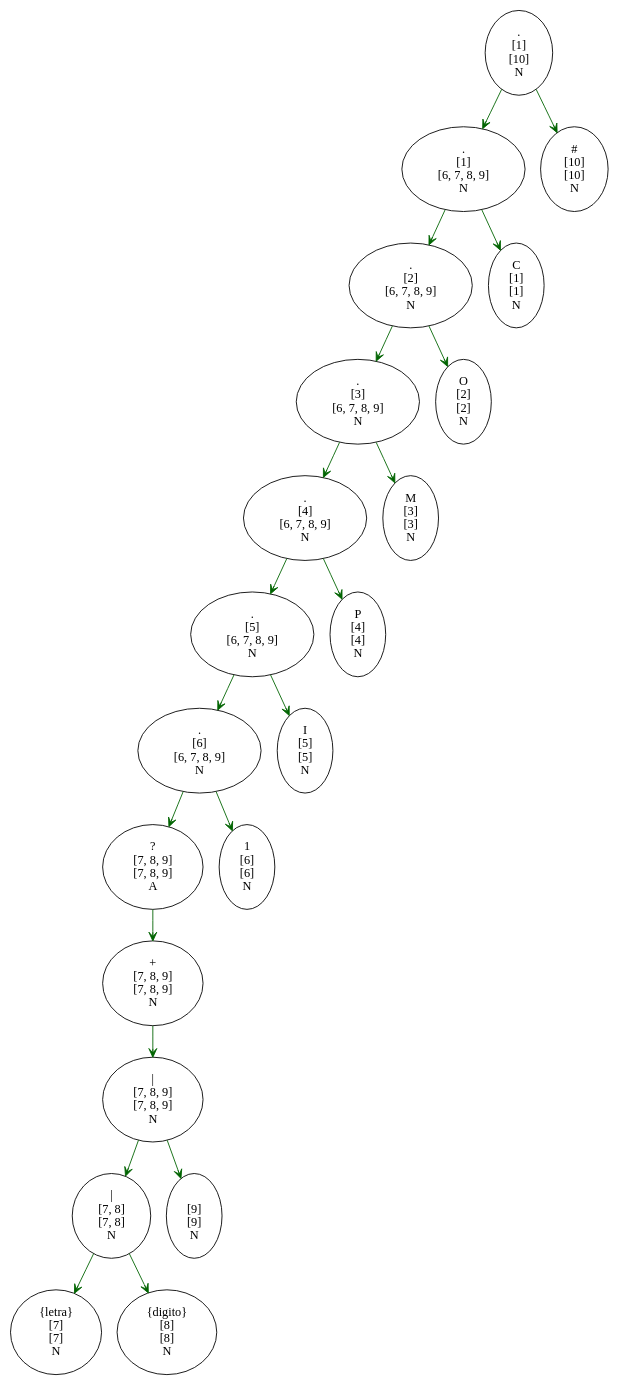
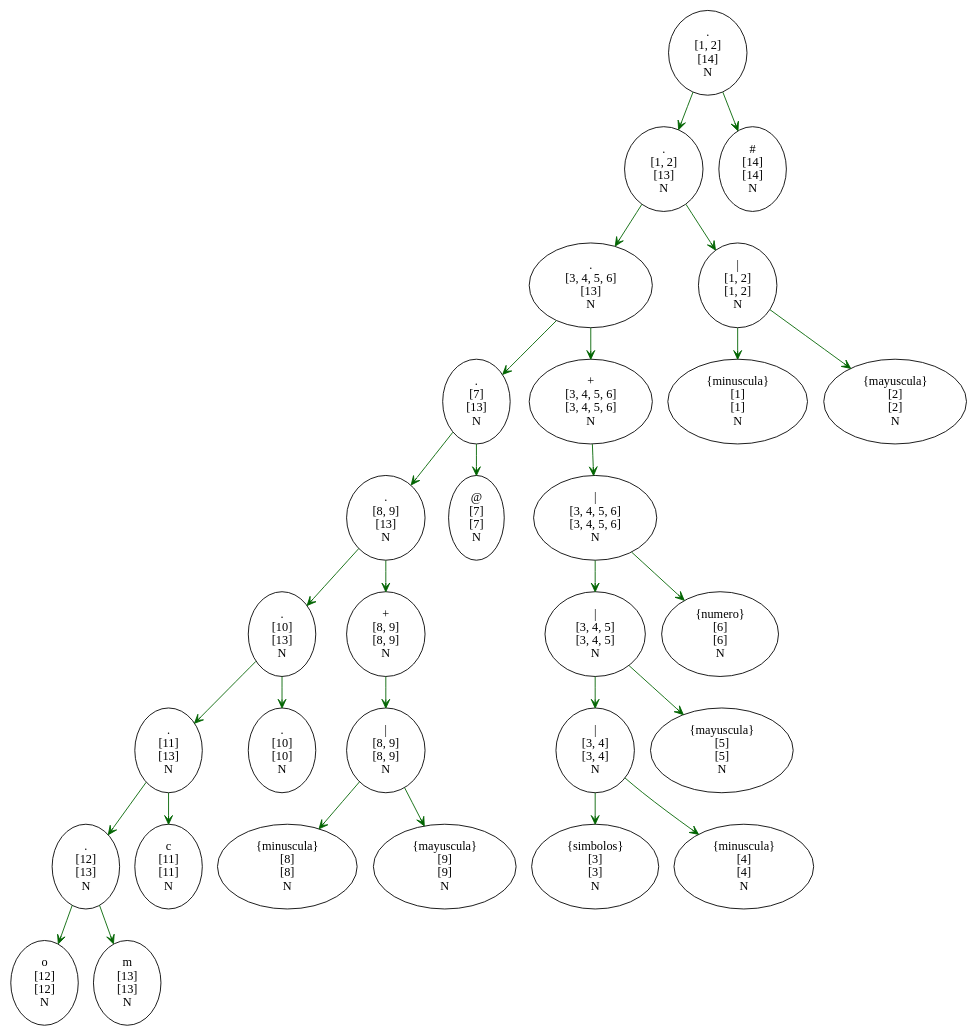
The diagram in reportes/Arbol_202002591/Arbol1.dot (SeZamora/202002591_PY1_OLC1), drawn with Graphviz before and after one commit. The commit also changed 53 other files, not shown here.

```diff
--- a/reportes/Arbol_202002591/Arbol1.dot
+++ b/reportes/Arbol_202002591/Arbol1.dot
@@ -1,108 +1,148 @@
 digraph G {
  layout=dot 
 labelloc = "t"edge [weigth=1000  color=darkgreen  arrowtail="open" arrowhead="open"]
-Nodo956913336 -> Nodo1130139491;
-Nodo956913336 -> Nodo1100620289;
-Nodo1458749519 -> Nodo956913336;
-Nodo1458749519 -> Nodo633200831;
-Nodo37569788 -> Nodo1458749519;
-Nodo304604304 -> Nodo37569788;
-Nodo1377287715 -> Nodo417666246;
+Nodo672579098 -> Nodo901598145;
+Nodo672579098 -> Nodo250484983;
+Nodo1077329393 -> Nodo1565343107;
+Nodo1077329393 -> Nodo672579098;
+Nodo40994472 -> Nodo2091257777;
+Nodo40994472 -> Nodo1077329393;
+Nodo160103649 -> Nodo1033861494;
+Nodo160103649 -> Nodo861269163;
+Nodo2135078647 -> Nodo160103649;
+Nodo561065994 -> Nodo2135078647;
+Nodo561065994 -> Nodo40994472;
+Nodo1734588827 -> Nodo2077172072;
+Nodo1734588827 -> Nodo561065994;
+Nodo298898920 -> Nodo956913336;
+Nodo298898920 -> Nodo1130139491;
+Nodo1100620289 -> Nodo298898920;
+Nodo1100620289 -> Nodo1458749519;
+Nodo633200831 -> Nodo1100620289;
+Nodo633200831 -> Nodo37569788;
+Nodo304604304 -> Nodo633200831;
 Nodo1377287715 -> Nodo304604304;
-Nodo1880598914 -> Nodo1572458612;
-Nodo1880598914 -> Nodo1377287715;
-Nodo850434886 -> Nodo46394098;
-Nodo850434886 -> Nodo1880598914;
-Nodo1339365521 -> Nodo1551649647;
-Nodo1339365521 -> Nodo850434886;
-Nodo1780515085 -> Nodo1999200961;
-Nodo1780515085 -> Nodo1339365521;
-Nodo274726181 -> Nodo784792434;
-Nodo274726181 -> Nodo1780515085;
-Nodo1082146638 -> Nodo274726181;
-Nodo1082146638 -> Nodo2080596725;
-Nodo784792434[label="C 
+Nodo1377287715 -> Nodo1734588827;
+Nodo417666246 -> Nodo1880598914;
+Nodo417666246 -> Nodo1572458612;
+Nodo850434886 -> Nodo417666246;
+Nodo850434886 -> Nodo1377287715;
+Nodo46394098 -> Nodo850434886;
+Nodo46394098 -> Nodo1339365521;
+Nodo1880598914[label="{minuscula} 
  [1] 
  [1] 
  N "];
-Nodo1999200961[label="O 
+Nodo1572458612[label="{mayuscula} 
  [2] 
  [2] 
  N "];
-Nodo1551649647[label="M 
+Nodo417666246[label="| 
+ [1, 2] 
+ [1, 2] 
+ N "];
+Nodo956913336[label="{simbolos} 
  [3] 
  [3] 
  N "];
-Nodo46394098[label="P 
+Nodo1130139491[label="{minuscula} 
  [4] 
  [4] 
  N "];
-Nodo1572458612[label="I 
+Nodo298898920[label="| 
+ [3, 4] 
+ [3, 4] 
+ N "];
+Nodo1458749519[label="{mayuscula} 
  [5] 
  [5] 
  N "];
-Nodo417666246[label="1 
+Nodo1100620289[label="| 
+ [3, 4, 5] 
+ [3, 4, 5] 
+ N "];
+Nodo37569788[label="{numero} 
  [6] 
  [6] 
  N "];
-Nodo1130139491[label="{letra} 
+Nodo633200831[label="| 
+ [3, 4, 5, 6] 
+ [3, 4, 5, 6] 
+ N "];
+Nodo304604304[label="+ 
+ [3, 4, 5, 6] 
+ [3, 4, 5, 6] 
+ N "];
+Nodo2077172072[label="@ 
  [7] 
  [7] 
  N "];
-Nodo1100620289[label="{digito} 
+Nodo1033861494[label="{minuscula} 
  [8] 
  [8] 
  N "];
-Nodo956913336[label="| 
- [7, 8] 
- [7, 8] 
- N "];
-Nodo633200831[label="  
+Nodo861269163[label="{mayuscula} 
  [9] 
  [9] 
  N "];
-Nodo1458749519[label="| 
- [7, 8, 9] 
- [7, 8, 9] 
+Nodo160103649[label="| 
+ [8, 9] 
+ [8, 9] 
  N "];
-Nodo37569788[label="+ 
- [7, 8, 9] 
- [7, 8, 9] 
+Nodo2135078647[label="+ 
+ [8, 9] 
+ [8, 9] 
  N "];
-Nodo304604304[label="? 
- [7, 8, 9] 
- [7, 8, 9] 
- A "];
-Nodo1377287715[label=". 
- [6] 
- [6, 7, 8, 9] 
- N "];
-Nodo1880598914[label=". 
- [5] 
- [6, 7, 8, 9] 
- N "];
-Nodo850434886[label=". 
- [4] 
- [6, 7, 8, 9] 
- N "];
-Nodo1339365521[label=". 
- [3] 
- [6, 7, 8, 9] 
- N "];
-Nodo1780515085[label=". 
- [2] 
- [6, 7, 8, 9] 
- N "];
-Nodo274726181[label=". 
- [1] 
- [6, 7, 8, 9] 
- N "];
-Nodo2080596725[label="# 
+Nodo2091257777[label=". 
  [10] 
  [10] 
  N "];
-Nodo1082146638[label=". 
- [1] 
+Nodo1565343107[label="c 
+ [11] 
+ [11] 
+ N "];
+Nodo901598145[label="o 
+ [12] 
+ [12] 
+ N "];
+Nodo250484983[label="m 
+ [13] 
+ [13] 
+ N "];
+Nodo672579098[label=". 
+ [12] 
+ [13] 
+ N "];
+Nodo1077329393[label=". 
+ [11] 
+ [13] 
+ N "];
+Nodo40994472[label=". 
  [10] 
+ [13] 
+ N "];
+Nodo561065994[label=". 
+ [8, 9] 
+ [13] 
+ N "];
+Nodo1734588827[label=". 
+ [7] 
+ [13] 
+ N "];
+Nodo1377287715[label=". 
+ [3, 4, 5, 6] 
+ [13] 
+ N "];
+Nodo850434886[label=". 
+ [1, 2] 
+ [13] 
+ N "];
+Nodo1339365521[label="# 
+ [14] 
+ [14] 
+ N "];
+Nodo46394098[label=". 
+ [1, 2] 
+ [14] 
  N "];
 }
```
